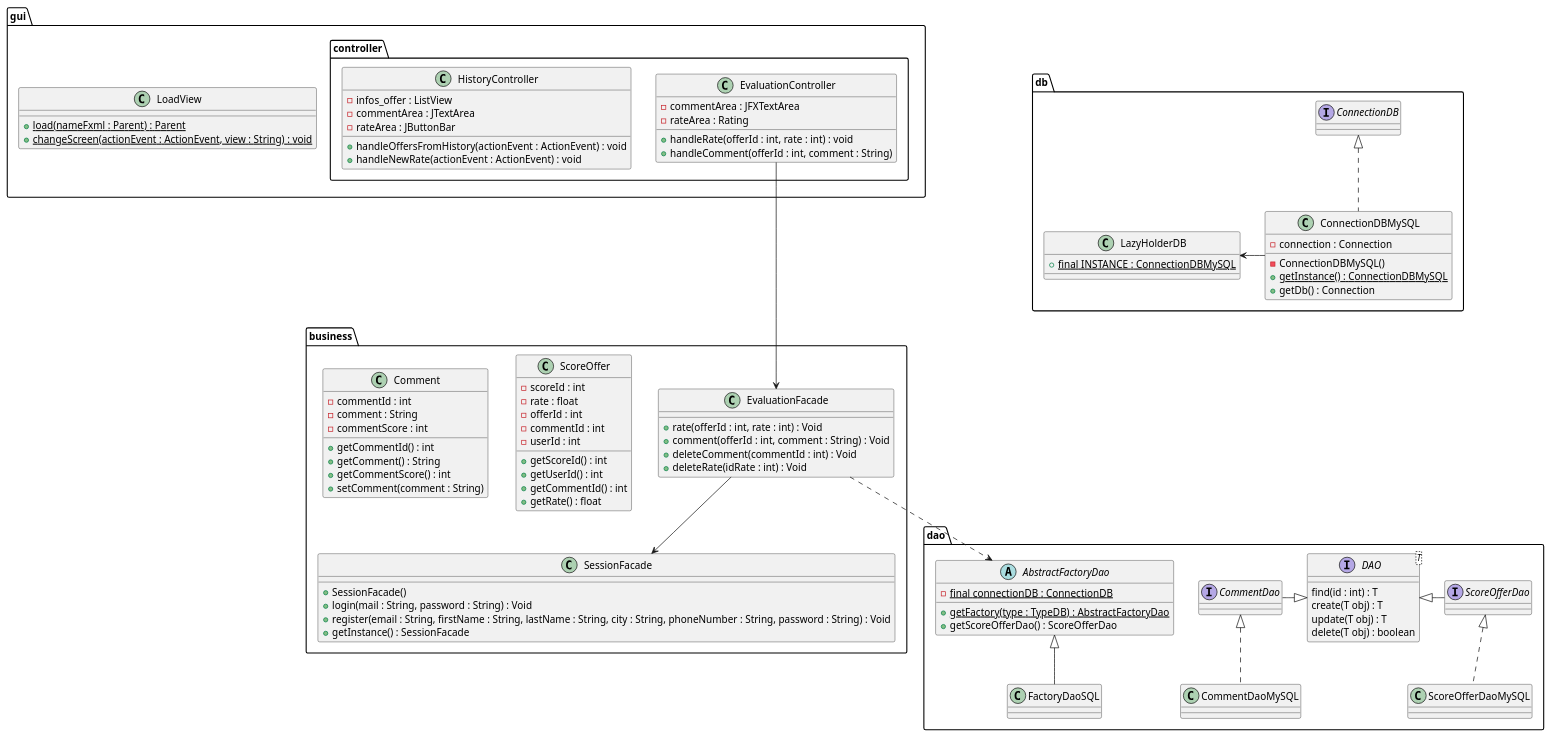
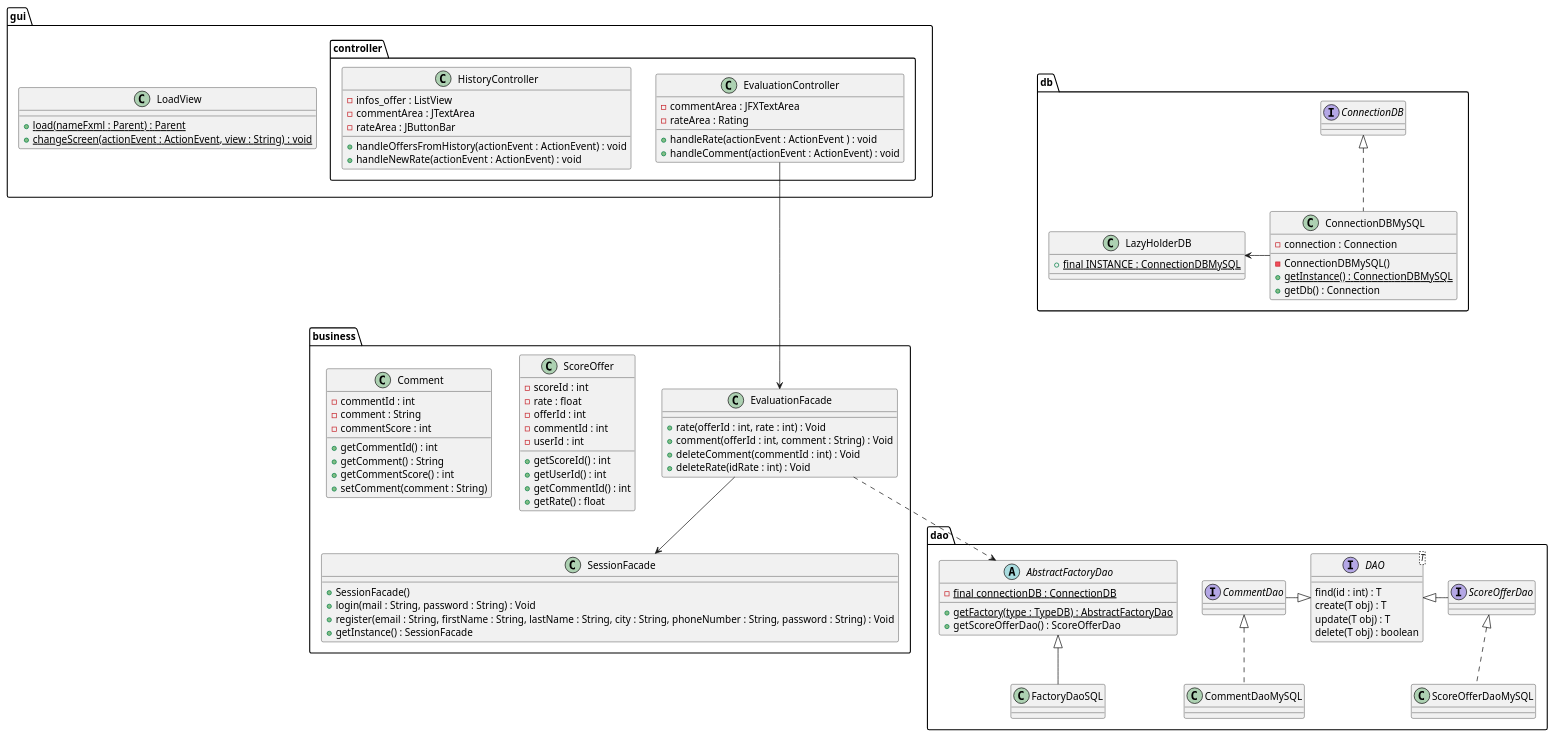
The diagram in documents/diagram/evaluation/evaluationClass.puml (LaunoisRemy/ToolShare), drawn with PlantUML before and after one commit. The commit also changed 2 other files, not shown here.

Commit message:
UML : Favory diagram

```diff
--- a/documents/diagram/evaluation/evaluationClass.puml
+++ b/documents/diagram/evaluation/evaluationClass.puml
@@ -1,124 +1,124 @@
 @startuml
 
 package dao {
 
 
     interface ScoreOfferDao{
     }
     class ScoreOfferDaoMySQL
     interface CommentDao{
     }
     class CommentDaoMySQL
 
     AbstractFactoryDao <|-- FactoryDaoSQL
     ScoreOfferDao <|.. ScoreOfferDaoMySQL
     CommentDao <|.. CommentDaoMySQL
 
     interface DAO<T>{
         find(id : int) : T
         create(T obj) : T
         update(T obj) : T
         delete(T obj) : boolean
     }
 
     abstract AbstractFactoryDao{
         - {static} final connectionDB : ConnectionDB
         + {static} getFactory(type : TypeDB) : AbstractFactoryDao
         + getScoreOfferDao() : ScoreOfferDao
     }
 
     class FactoryDaoSQL{
     }
 
     DAO <|- ScoreOfferDao
     DAO <|-left CommentDao
 }
 package db{
     class ConnectionDBMySQL{
         - connection : Connection
         - ConnectionDBMySQL()
         + {static} getInstance() : ConnectionDBMySQL
         + getDb() : Connection
     }
 
     class LazyHolderDB{
         + {static} final INSTANCE : ConnectionDBMySQL
     }
     interface ConnectionDB
     ConnectionDBMySQL -Left-> LazyHolderDB
     ConnectionDBMySQL .up.|> ConnectionDB
 
 }
 package business{
     class SessionFacade{
         + SessionFacade()
         + login(mail : String, password : String) : Void
         + register(email : String, firstName : String, lastName : String, city : String, phoneNumber : String, password : String) : Void
         + getInstance() : SessionFacade
     }
 
     class EvaluationFacade{
         + rate(offerId : int, rate : int) : Void
         + comment(offerId : int, comment : String) : Void
         + deleteComment(commentId : int) : Void
         + deleteRate(idRate : int) : Void
     }
     class ScoreOffer{
         - scoreId : int
         - rate : float
         - offerId : int
         - commentId : int
         - userId : int
         + getScoreId() : int
         + getUserId() : int
         + getCommentId() : int
         + getRate() : float
     }
 
     class Comment{
     - commentId : int
     - comment : String
     - commentScore : int
     + getCommentId() : int
     + getComment() : String
     + getCommentScore() : int
     + setComment(comment : String)
     }
 }
 
 package gui{
 
     class LoadView{
         + {static} load(nameFxml : Parent) : Parent
         + {static} changeScreen(actionEvent : ActionEvent, view : String) : void
     }
 
     package controller{
 
         class EvaluationController{
             - commentArea : JFXTextArea
             - rateArea : Rating
 
-            + handleRate(offerId : int, rate : int) : void
-            + handleComment(offerId : int, comment : String)
+            + handleRate(actionEvent : ActionEvent ) : void
+            + handleComment(actionEvent : ActionEvent) : void
 
         }
         class HistoryController{
             - infos_offer : ListView
             - commentArea : JTextArea
             - rateArea : JButtonBar
             + handleOffersFromHistory(actionEvent : ActionEvent) : void
             + handleNewRate(actionEvent : ActionEvent) : void
 
         }
 
     }
 }
 
 EvaluationFacade <--Up- EvaluationController
 EvaluationFacade --> SessionFacade
 EvaluationFacade ..> AbstractFactoryDao
 
 
 
 @enduml
```
